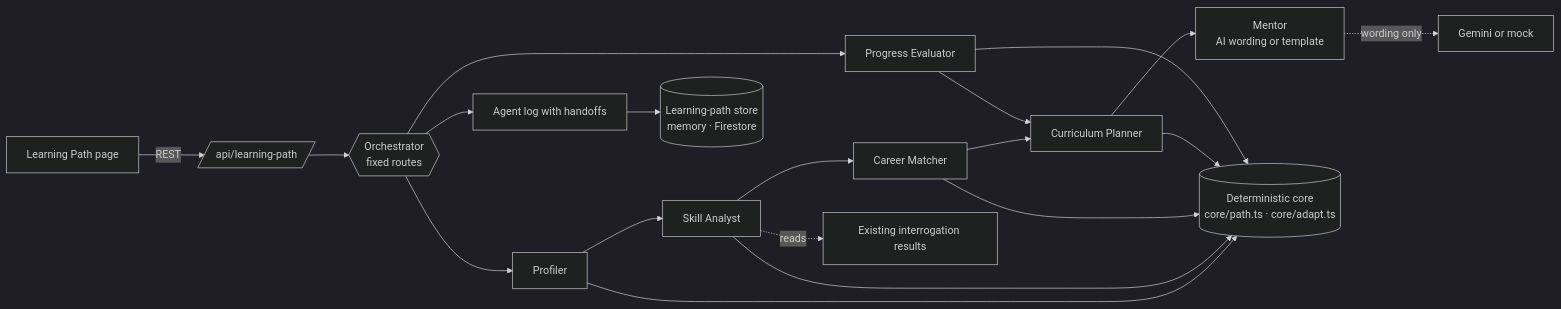
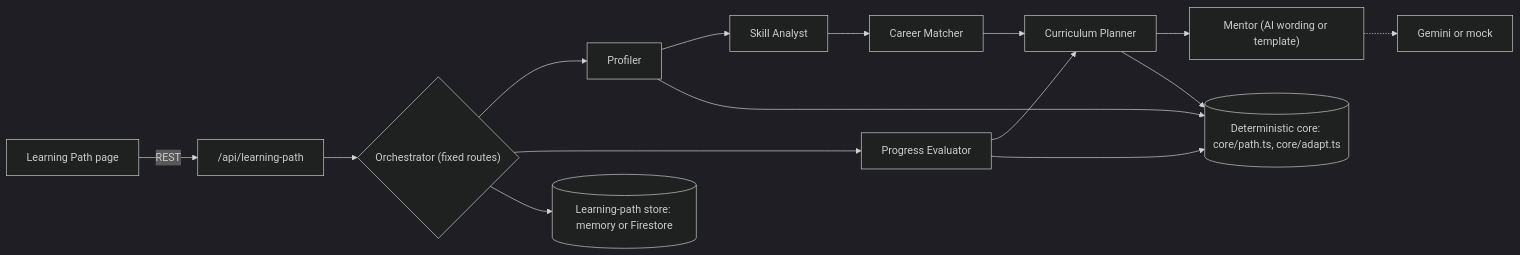
The diagram in README.md (bsrikumar855-dot/UNBLUFF-PROMPTWAR), drawn with Mermaid (dark theme) before and after one commit. The commit also changed other lines of this file and 5 other files, not shown here.

````diff
--- a/README.md
+++ b/README.md
@@ -47,12 +56,13 @@
 ```mermaid
 flowchart LR
-  UI[Learning Path page] -->|REST| R[/api/learning-path/]
-  R --> O{{Orchestrator<br/>fixed routes}}
-  O --> PR[Profiler] --> SA[Skill Analyst] --> CM[Career Matcher] --> CP[Curriculum Planner]
-  O --> PE[Progress Evaluator] --> CP
-  CP --> MN[Mentor<br/>AI wording or template]
-  PR & SA & CM & CP & PE --> CORE[(Deterministic core<br/>core/path.ts · core/adapt.ts)]
-  SA -. reads .-> INT[Existing interrogation results]
-  MN -. wording only .-> LLM[Gemini or mock]
-  O --> LOG[Agent log with handoffs] --> ST[(Learning-path store<br/>memory · Firestore)]
+  UI["Learning Path page"] -->|REST| API["/api/learning-path"]
+  API --> O{"Orchestrator (fixed routes)"}
+  O --> PR["Profiler"] --> SA["Skill Analyst"] --> CM["Career Matcher"] --> CP["Curriculum Planner"]
+  O --> PE["Progress Evaluator"] --> CP
+  CP --> MN["Mentor (AI wording or template)"]
+  PR --> CORE[("Deterministic core: core/path.ts, core/adapt.ts")]
+  PE --> CORE
+  CP --> CORE
+  MN -.-> LLM["Gemini or mock"]
+  O --> ST[("Learning-path store: memory or Firestore")]
 ```
````
